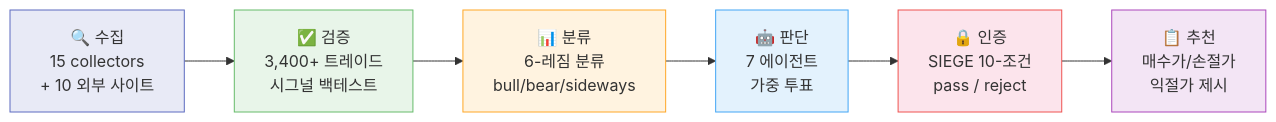
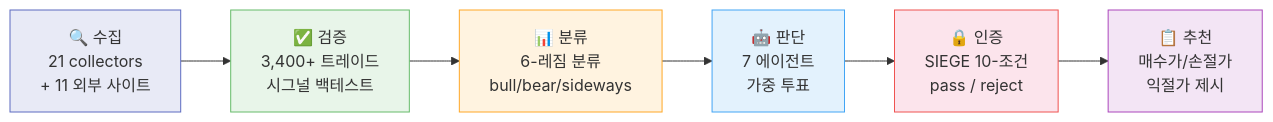
One commit to researcherhojin/nuri-quant changed the diagram in README.md. Above: the diagram before and after it, drawn with Mermaid. The commit also changed other lines of this file and 14 other files, not shown here.

````diff
--- a/README.md
+++ b/README.md
@@ -22,15 +22,15 @@
 ```mermaid
 graph LR
-    A["🔍 수집<br/>15 collectors<br/>+ 10 외부 사이트"] --> B["✅ 검증<br/>3,400+ 트레이드<br/>시그널 백테스트"]
+    A["🔍 수집<br/>21 collectors<br/>+ 11 외부 사이트"] --> B["✅ 검증<br/>3,400+ 트레이드<br/>시그널 백테스트"]
     B --> C["📊 분류<br/>6-레짐 분류<br/>bull/bear/sideways"]
     C --> D["🤖 판단<br/>7 에이전트<br/>가중 투표"]
     D --> E["🔒 인증<br/>SIEGE 10-조건<br/>pass / reject"]
     E --> F["📋 추천<br/>매수가/손절가<br/>익절가 제시"]
 
     style A fill:#e8eaf6,stroke:#5c6bc0
     style B fill:#e8f5e9,stroke:#66bb6a
     style C fill:#fff3e0,stroke:#ffa726
     style D fill:#e3f2fd,stroke:#42a5f5
     style E fill:#fce4ec,stroke:#ef5350
     style F fill:#f3e5f5,stroke:#ab47bc
 ```
````
